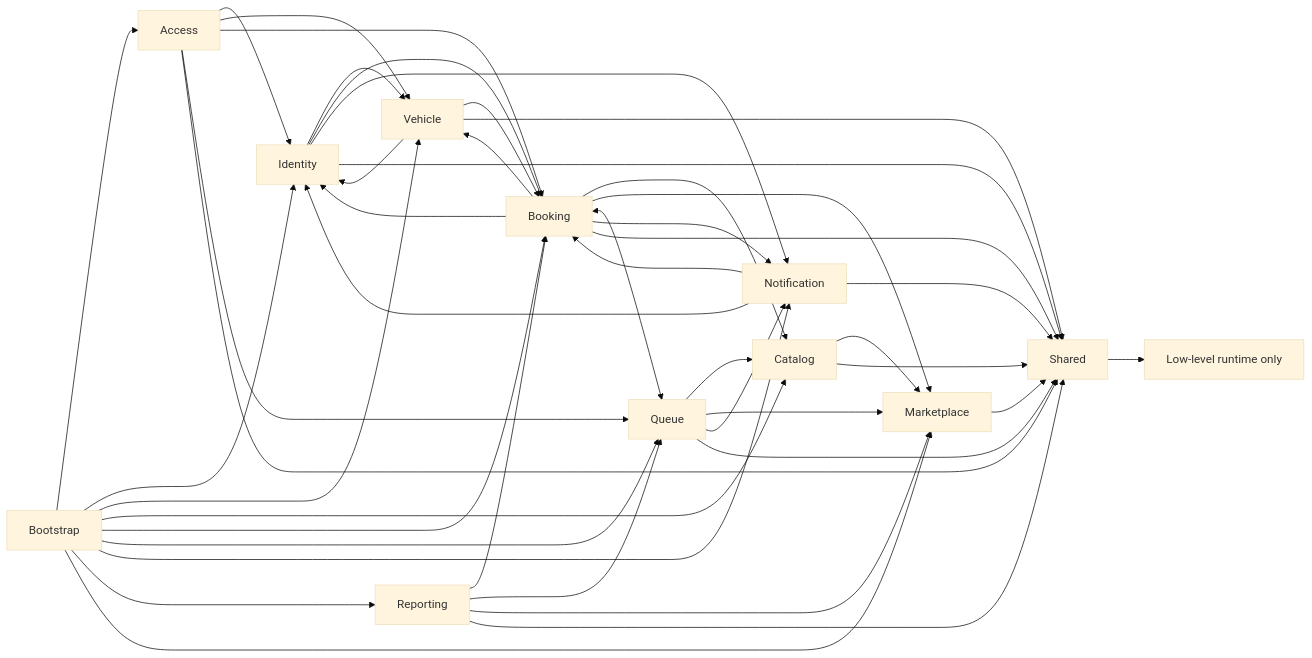
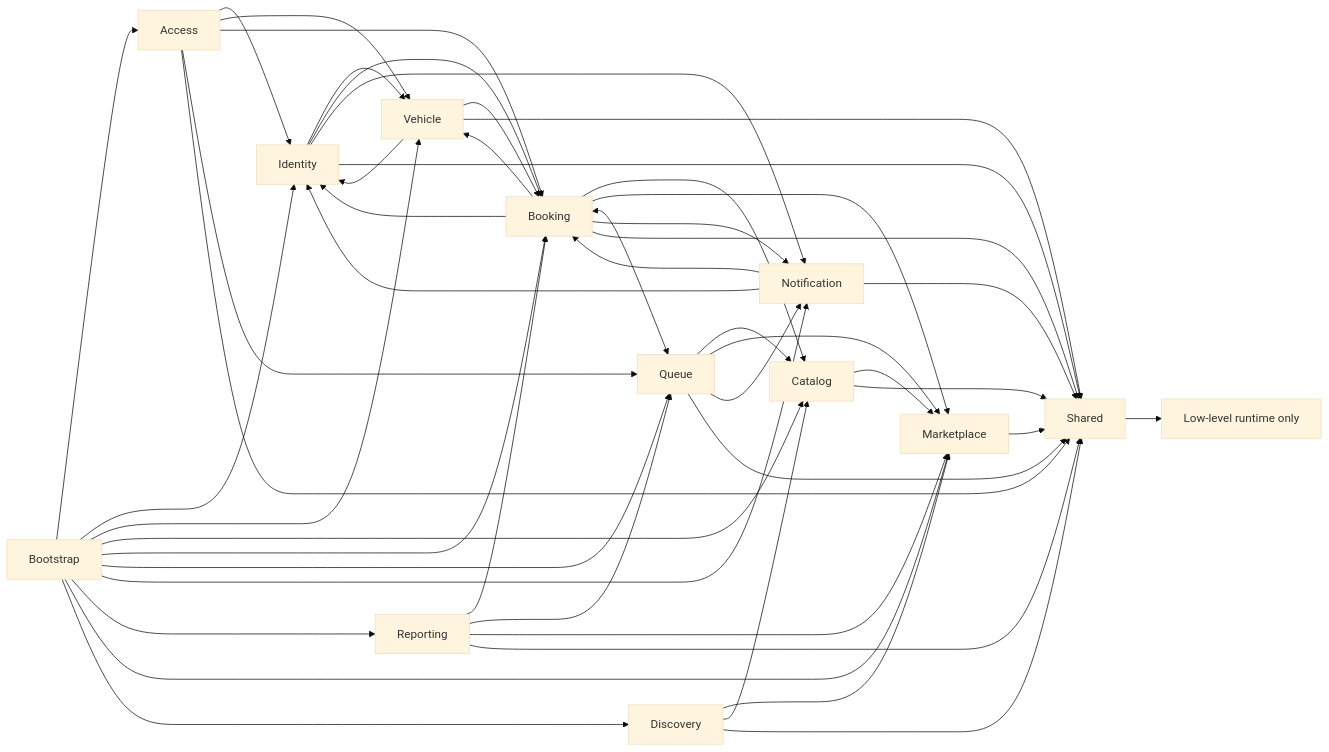
Before and after one commit to ongeziwe17/carwash-booking-queue-system: the second of 2 diagrams in documentation/ARCHITECTURE.md, drawn with Mermaid (base theme). The commit also changed other lines of this file and 54 other files, not shown here.

````diff
--- a/documentation/ARCHITECTURE.md
+++ b/documentation/ARCHITECTURE.md
@@ -38,46 +39,50 @@
 ```mermaid
 flowchart LR
     Bootstrap --> Access
     Bootstrap --> Identity
     Bootstrap --> Vehicle
     Bootstrap --> Catalog
     Bootstrap --> Booking
     Bootstrap --> Queue
     Bootstrap --> Notification
     Bootstrap --> Reporting
     Bootstrap --> Marketplace
+    Bootstrap --> Discovery
     Access --> Identity
     Access --> Vehicle
     Access --> Booking
     Access --> Queue
     Identity --> Vehicle
     Identity --> Booking
     Identity --> Notification
     Vehicle --> Identity
     Vehicle --> Booking
     Booking --> Identity
     Booking --> Vehicle
     Booking --> Catalog
     Booking --> Marketplace
     Booking <--> Queue
     Booking --> Notification
     Queue --> Catalog
     Queue --> Marketplace
     Queue --> Notification
     Notification --> Identity
     Notification --> Booking
     Reporting --> Booking
     Reporting --> Queue
     Reporting --> Marketplace
     Marketplace --> Shared
     Catalog --> Marketplace
+    Discovery --> Marketplace
+    Discovery --> Catalog
     Shared --> Runtime[Low-level runtime only]
     Access --> Shared
     Identity --> Shared
     Vehicle --> Shared
     Catalog --> Shared
     Booking --> Shared
     Queue --> Shared
     Notification --> Shared
     Reporting --> Shared
+    Discovery --> Shared
 ```
````
